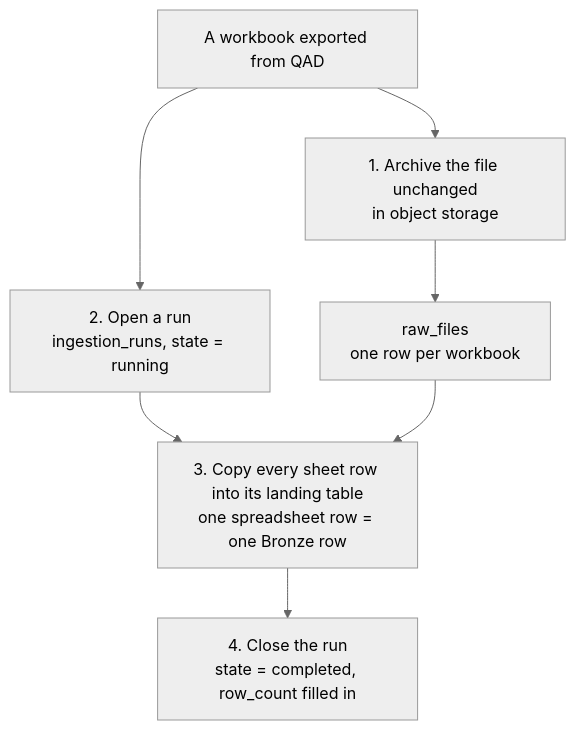
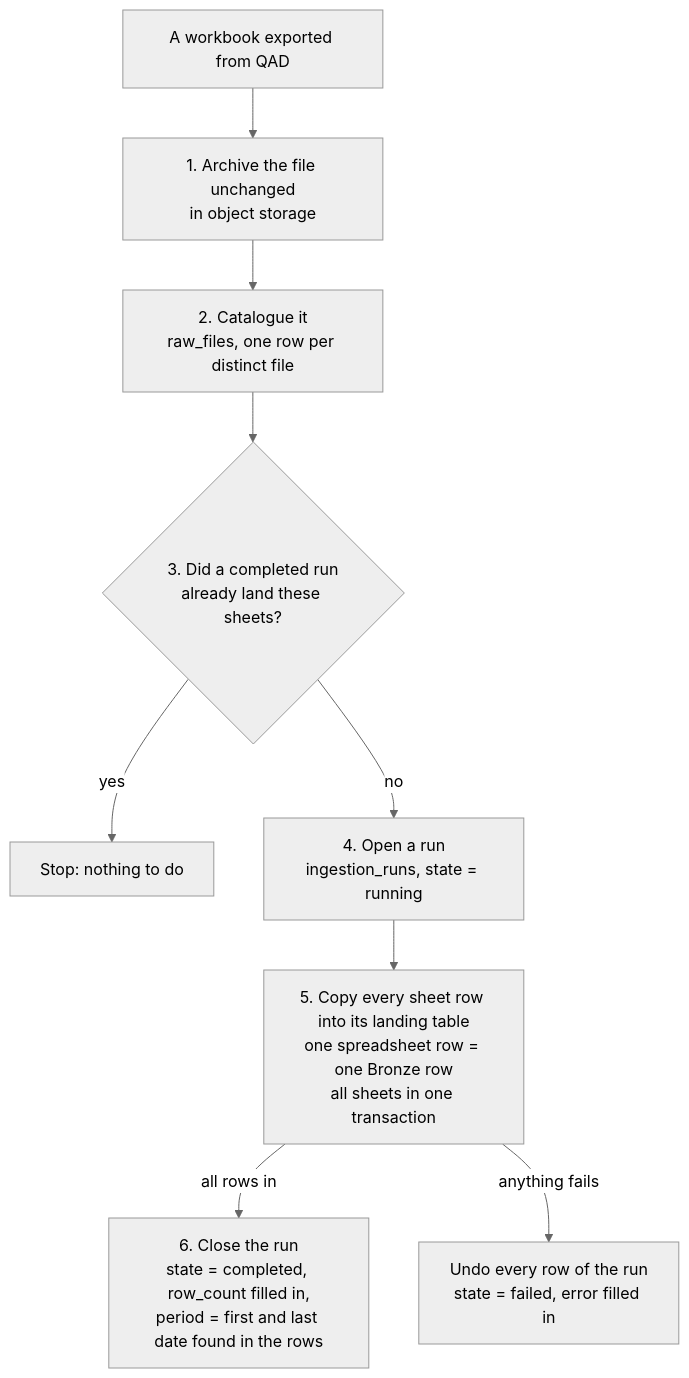
The second of 8 diagrams in docs/database_overview.md (juanpablocarrillohortua/clarios_app), drawn with Mermaid (neutral theme) before and after one commit. The commit also changed other lines of this file and 34 other files, not shown here.

````diff
--- a/docs/database_overview.md
+++ b/docs/database_overview.md
@@ -92,10 +94,12 @@
 ```mermaid
 flowchart TD
     W["A workbook exported from QAD"]
     W --> A["1. Archive the file unchanged<br/>in object storage"]
-    A --> F["raw_files<br/>one row per workbook"]
-    W --> R["2. Open a run<br/>ingestion_runs, state = running"]
-    R --> L["3. Copy every sheet row into its landing table<br/>one spreadsheet row = one Bronze row"]
-    F --> L
-    L --> C["4. Close the run<br/>state = completed, row_count filled in"]
+    A --> F["2. Catalogue it<br/>raw_files, one row per distinct file"]
+    F --> Q{"3. Did a completed run<br/>already land these sheets?"}
+    Q -- "yes" --> S["Stop: nothing to do"]
+    Q -- "no" --> R["4. Open a run<br/>ingestion_runs, state = running"]
+    R --> L["5. Copy every sheet row into its landing table<br/>one spreadsheet row = one Bronze row<br/>all sheets in one transaction"]
+    L -- "all rows in" --> C["6. Close the run<br/>state = completed, row_count filled in,<br/>period = first and last date found in the rows"]
+    L -- "anything fails" --> X["Undo every row of the run<br/>state = failed, error filled in"]
 ```
````
